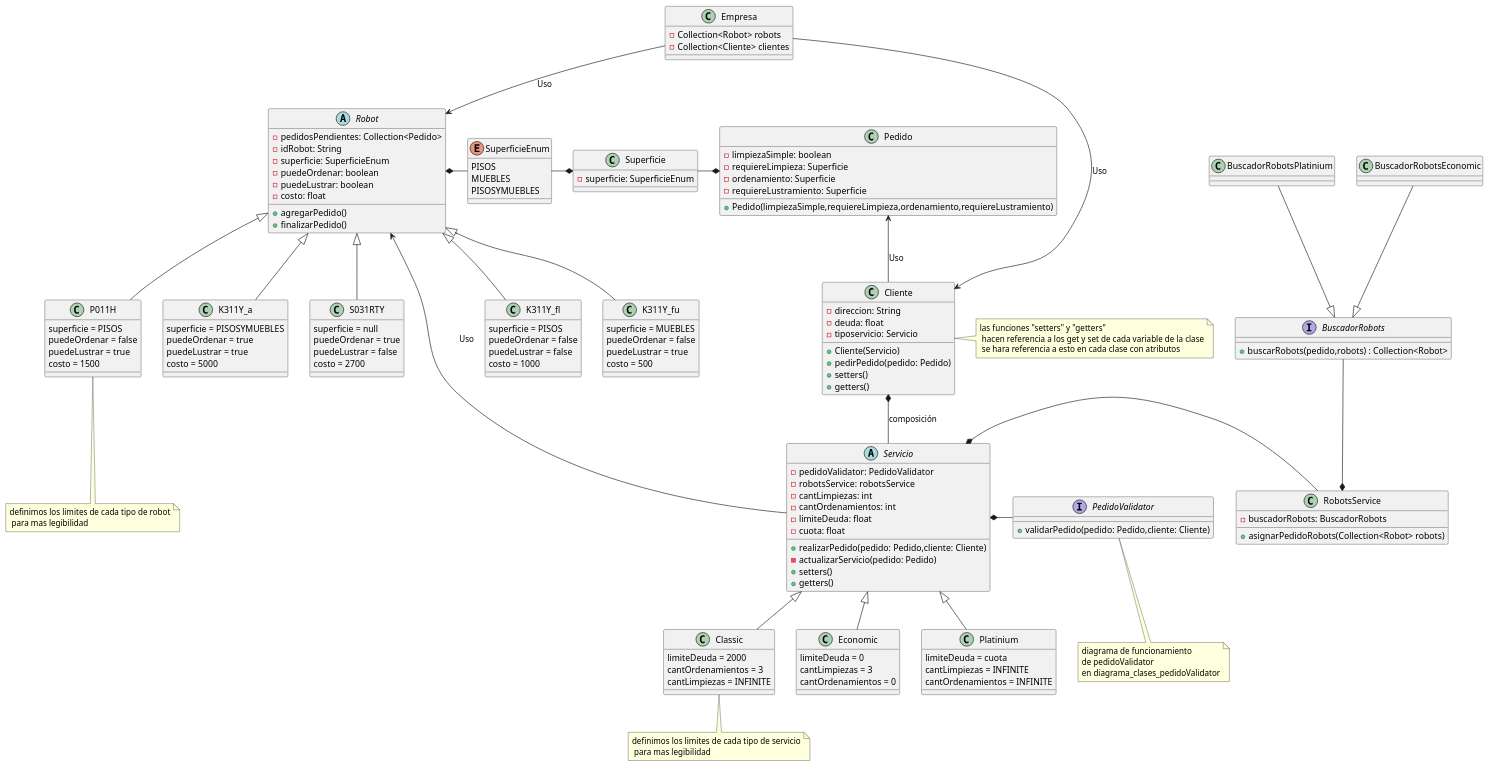
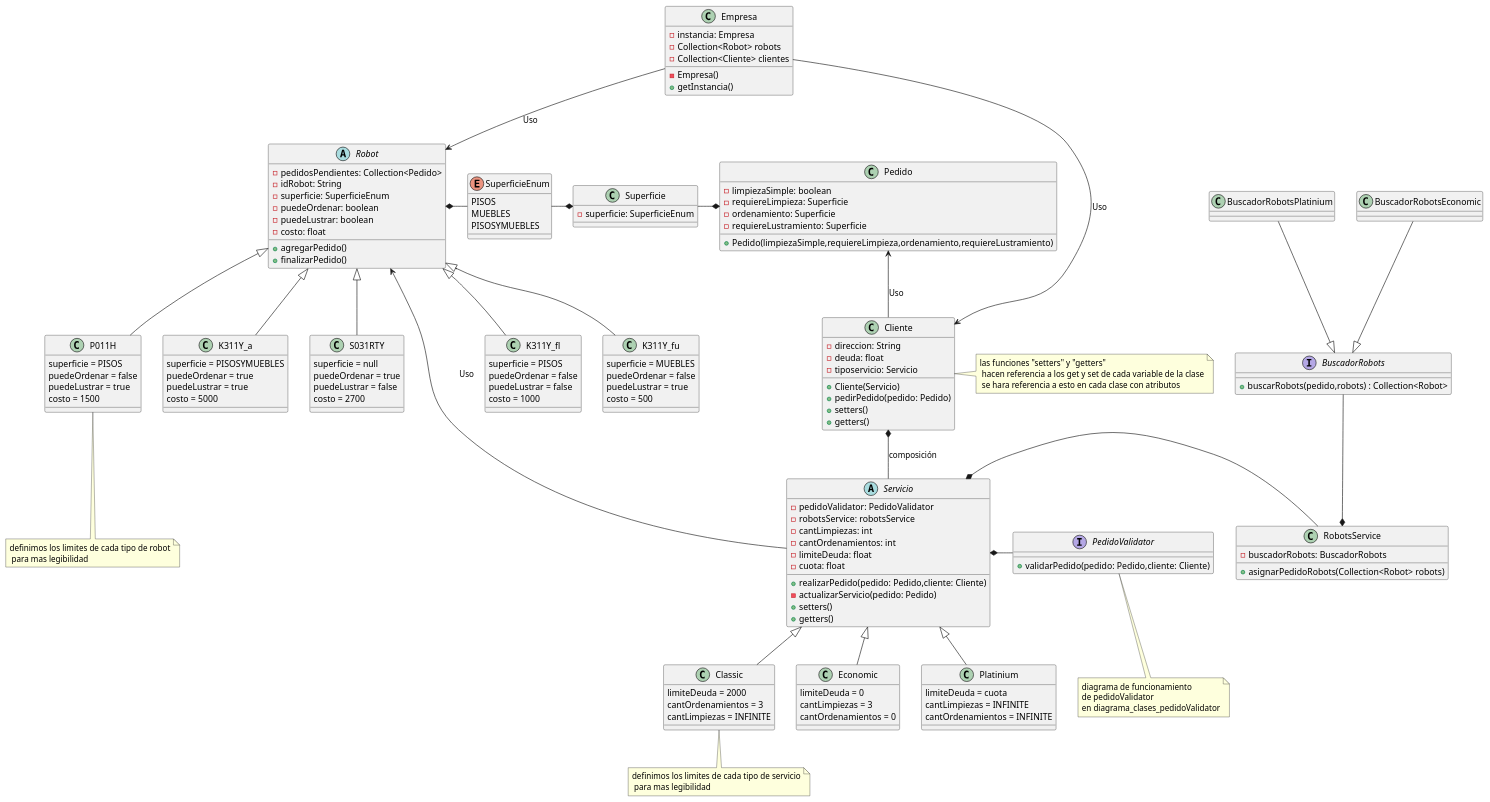
One commit to bacarvalho/TrabajoPractico changed the diagram in src/main/java/com/grupo4/trabajo/Diagramas/diagrama_clases.puml. Above: the diagram before and after it, drawn with PlantUML. The commit also changed 4 other files, not shown here.

```diff
--- a/src/main/java/com/grupo4/trabajo/Diagramas/diagrama_clases.puml
+++ b/src/main/java/com/grupo4/trabajo/Diagramas/diagrama_clases.puml
@@ -1,172 +1,176 @@
 @startuml
 'https://plantuml.com/class-diagram
 
 
 class Cliente{
 -direccion: String
 -deuda: float
 -tiposervicio: Servicio
 
 +Cliente(Servicio)
 +pedirPedido(pedido: Pedido)
 +setters()
 +getters()
 }
 
 class Empresa{
+-instancia: Empresa
 -Collection<Robot> robots
 -Collection<Cliente> clientes
+
+-Empresa()
++getInstancia()
 }
 
 
 abstract class Servicio{
 - pedidoValidator: PedidoValidator
 - robotsService: robotsService
 - cantLimpiezas: int
 - cantOrdenamientos: int
 - limiteDeuda: float
 -cuota: float
 
 +realizarPedido(pedido: Pedido,cliente: Cliente)
 -actualizarServicio(pedido: Pedido)
 +setters()
 +getters()
 }
 
 abstract class Robot{
 - pedidosPendientes: Collection<Pedido>
 - idRobot: String
 - superficie: SuperficieEnum
 - puedeOrdenar: boolean
 - puedeLustrar: boolean
 - costo: float
 
 +agregarPedido()
 +finalizarPedido()
 }
 
 class K311Y_fl{
  superficie = PISOS
  puedeOrdenar = false
  puedeLustrar = false
  costo = 1000
 }
 class K311Y_fu{
 superficie = MUEBLES
  puedeOrdenar = false
  puedeLustrar = true
  costo = 500
 }
 class P011H{
 superficie = PISOS
  puedeOrdenar = false
  puedeLustrar = true
  costo = 1500
 }
 class K311Y_a{
  superficie = PISOSYMUEBLES
  puedeOrdenar = true
  puedeLustrar = true
  costo = 5000
 }
 class S031RTY{
 superficie = null
  puedeOrdenar = true
  puedeLustrar = false
  costo = 2700
 }
 
 class Platinium{
 limiteDeuda = cuota
 cantLimpiezas = INFINITE
 cantOrdenamientos = INFINITE
 }
 class Classic{
 limiteDeuda = 2000
 cantOrdenamientos = 3
 cantLimpiezas = INFINITE
 }
 
 class Economic{
 limiteDeuda = 0
 cantLimpiezas = 3
 cantOrdenamientos = 0
 }
 
 class RobotsService{
     -buscadorRobots: BuscadorRobots
     +asignarPedidoRobots(Collection<Robot> robots)
 }
 
 interface BuscadorRobots{
 +buscarRobots(pedido,robots) : Collection<Robot>
 }
 
 class BuscadorRobotsEconomic{
 
 }
 
 class BuscadorRobotsPlatinium{
 }
 
 class Pedido{
 - limpiezaSimple: boolean
 - requiereLimpieza: Superficie
 - ordenamiento: Superficie
 - requiereLustramiento: Superficie
 
 +Pedido(limpiezaSimple,requiereLimpieza,ordenamiento,requiereLustramiento)
 }
 
 enum SuperficieEnum{
 PISOS
 MUEBLES
 PISOSYMUEBLES
 }
 
 class Superficie{
 - superficie: SuperficieEnum
 }
 
 Robot <|-- K311Y_fl
 Robot <|-- K311Y_fu
 Robot <|-- P011H
 Robot <|-- K311Y_a
 Robot <|-- S031RTY
 
 Servicio <|-- Platinium
 Servicio <|-- Classic
 Servicio <|-- Economic
 
 interface PedidoValidator{
 +validarPedido(pedido: Pedido,cliente: Cliente)
 }
 
 Robot <-- Servicio : Uso
 PedidoValidator -left-* Servicio
 RobotsService -left-* Servicio
 Pedido <--  Cliente : Uso
 
 RobotsService *-up- BuscadorRobots
 BuscadorRobots <|-up- BuscadorRobotsEconomic
 BuscadorRobots <|-up- BuscadorRobotsPlatinium
 
 Cliente <-up- Empresa  : Uso
 
 Robot <-up-  Empresa : Uso
 
 Cliente *--  Servicio : composición
 
 Superficie *-left- SuperficieEnum
 Robot *-right- SuperficieEnum
 Pedido *-left- Superficie
 
 note bottom of Classic : definimos los limites de cada tipo de servicio\n para mas legibilidad
 note bottom of P011H : definimos los limites de cada tipo de robot\n para mas legibilidad
 note right of Cliente : las funciones "setters" y "getters" \n hacen referencia a los get y set de cada variable de la clase\n se hara referencia a esto en cada clase con atributos
 note bottom of PedidoValidator
 diagrama de funcionamiento
 de pedidoValidator
 en diagrama_clases_pedidoValidator
 end note
 @enduml
```
